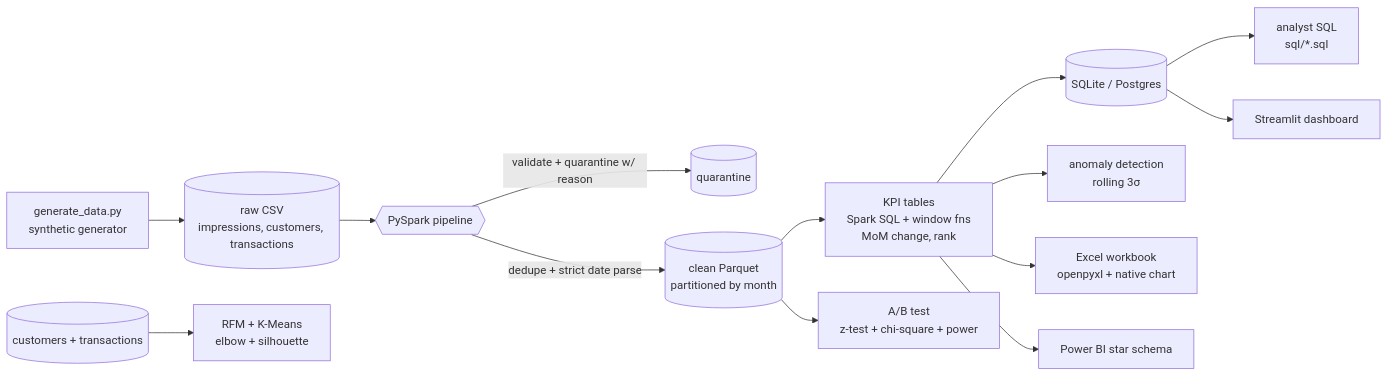
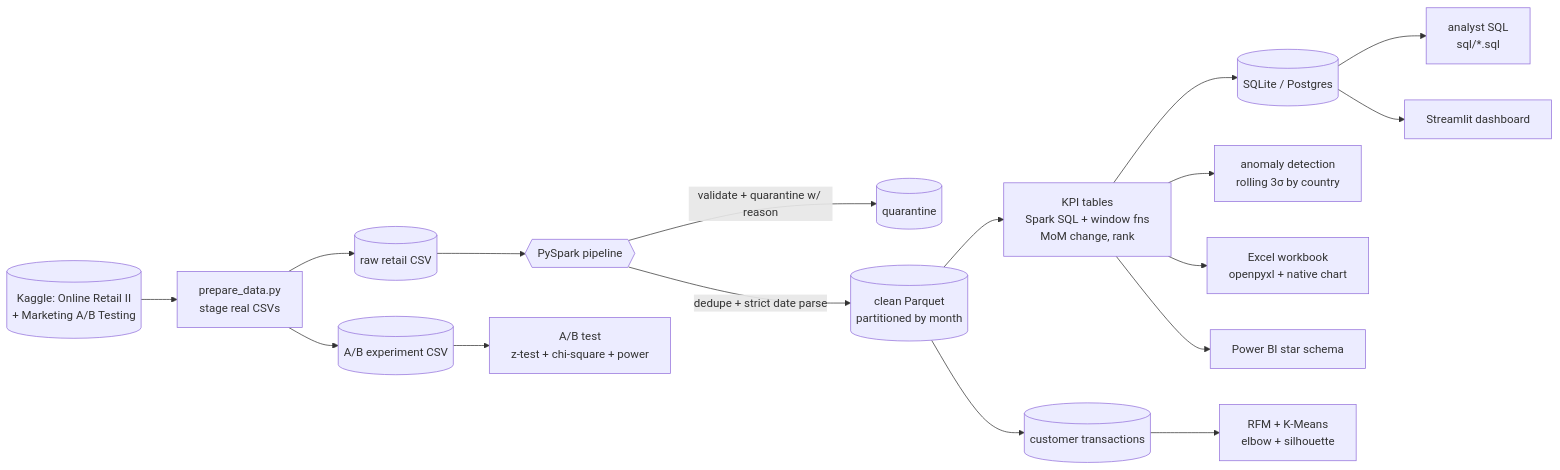
The diagram in README.md (immortalxmachine/adpulse), drawn with Mermaid before and after one commit. The commit also changed other lines of this file and 52 other files, not shown here.

Commit message:
Rebuild on real public data (Online Retail II + Marketing A/B testing)

````diff
--- a/README.md
+++ b/README.md
@@ -53,16 +66,19 @@
 ```mermaid
 flowchart LR
-    GEN[generate_data.py<br/>synthetic generator] --> RAW[(raw CSV<br/>impressions, customers, transactions)]
+    KAG[(Kaggle: Online Retail II<br/>+ Marketing A/B Testing)] --> PREP[prepare_data.py<br/>stage real CSVs]
+    PREP --> RAW[(raw retail CSV)]
     RAW --> SPARK{{PySpark pipeline}}
     SPARK -->|validate + quarantine w/ reason| QUAR[(quarantine)]
     SPARK -->|dedupe + strict date parse| CLEAN[(clean Parquet<br/>partitioned by month)]
     CLEAN --> KPI[KPI tables<br/>Spark SQL + window fns<br/>MoM change, rank]
-    CLEAN --> AB[A/B test<br/>z-test + chi-square + power]
+    CLEAN --> TX[(customer transactions)]
+    PREP --> ABDATA[(A/B experiment CSV)]
+    ABDATA --> AB[A/B test<br/>z-test + chi-square + power]
     KPI --> DB[(SQLite / Postgres)]
-    KPI --> ANOM[anomaly detection<br/>rolling 3σ]
-    TX[(customers + transactions)] --> SEG[RFM + K-Means<br/>elbow + silhouette]
+    KPI --> ANOM[anomaly detection<br/>rolling 3σ by country]
+    TX --> SEG[RFM + K-Means<br/>elbow + silhouette]
     DB --> SQLQ[analyst SQL<br/>sql/*.sql]
     KPI --> XLS[Excel workbook<br/>openpyxl + native chart]
     KPI --> STAR[Power BI star schema]
     DB --> DASH[Streamlit dashboard]
 ```
````
